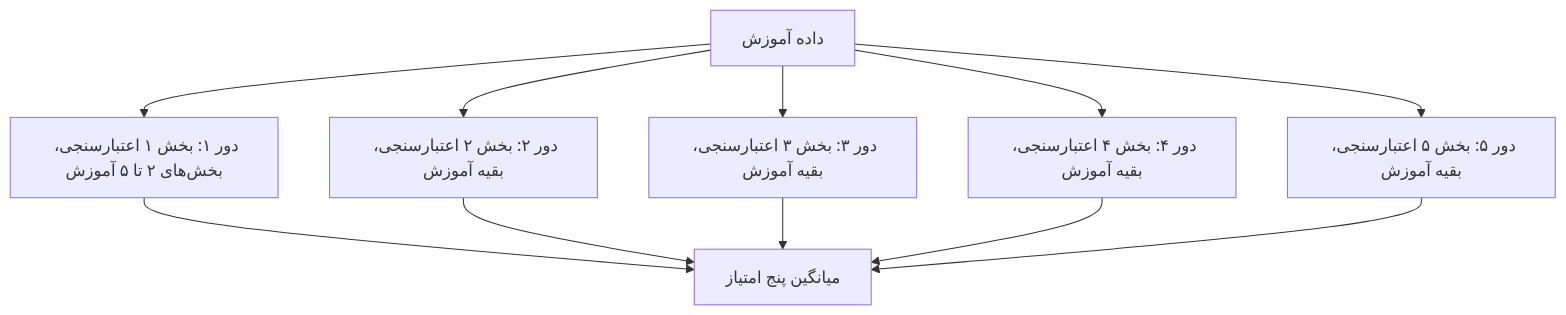
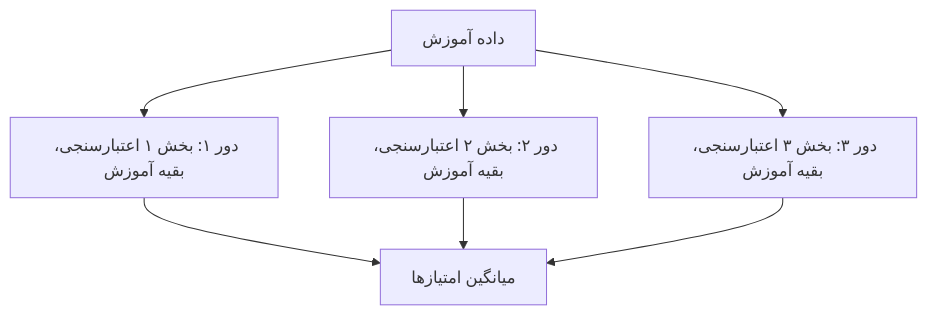
One commit to haghbinh/DM_Course changed the first of 3 diagrams in Part 4_Regression/18 - بیش‌برازش و اعتبارسنجی متقابل.md. Above: the diagram before and after it, drawn with Mermaid. The commit also changed other lines of this file and 6 other files, not shown here.

````diff
--- a/Part 4_Regression/18 - بیش‌برازش و اعتبارسنجی متقابل.md
+++ b/Part 4_Regression/18 - بیش‌برازش و اعتبارسنجی متقابل.md
@@ -239,13 +137,9 @@
 ```mermaid
 flowchart TD
-    A["داده آموزش"] --> F1["دور ۱: بخش ۱ اعتبارسنجی، بخش‌های ۲ تا ۵ آموزش"]
+    A["داده آموزش"] --> F1["دور ۱: بخش ۱ اعتبارسنجی، بقیه آموزش"]
     A --> F2["دور ۲: بخش ۲ اعتبارسنجی، بقیه آموزش"]
     A --> F3["دور ۳: بخش ۳ اعتبارسنجی، بقیه آموزش"]
-    A --> F4["دور ۴: بخش ۴ اعتبارسنجی، بقیه آموزش"]
-    A --> F5["دور ۵: بخش ۵ اعتبارسنجی، بقیه آموزش"]
-    F1 --> M["میانگین پنج امتیاز"]
+    F1 --> M["میانگین امتیازها"]
     F2 --> M
     F3 --> M
-    F4 --> M
-    F5 --> M
 ```
````
